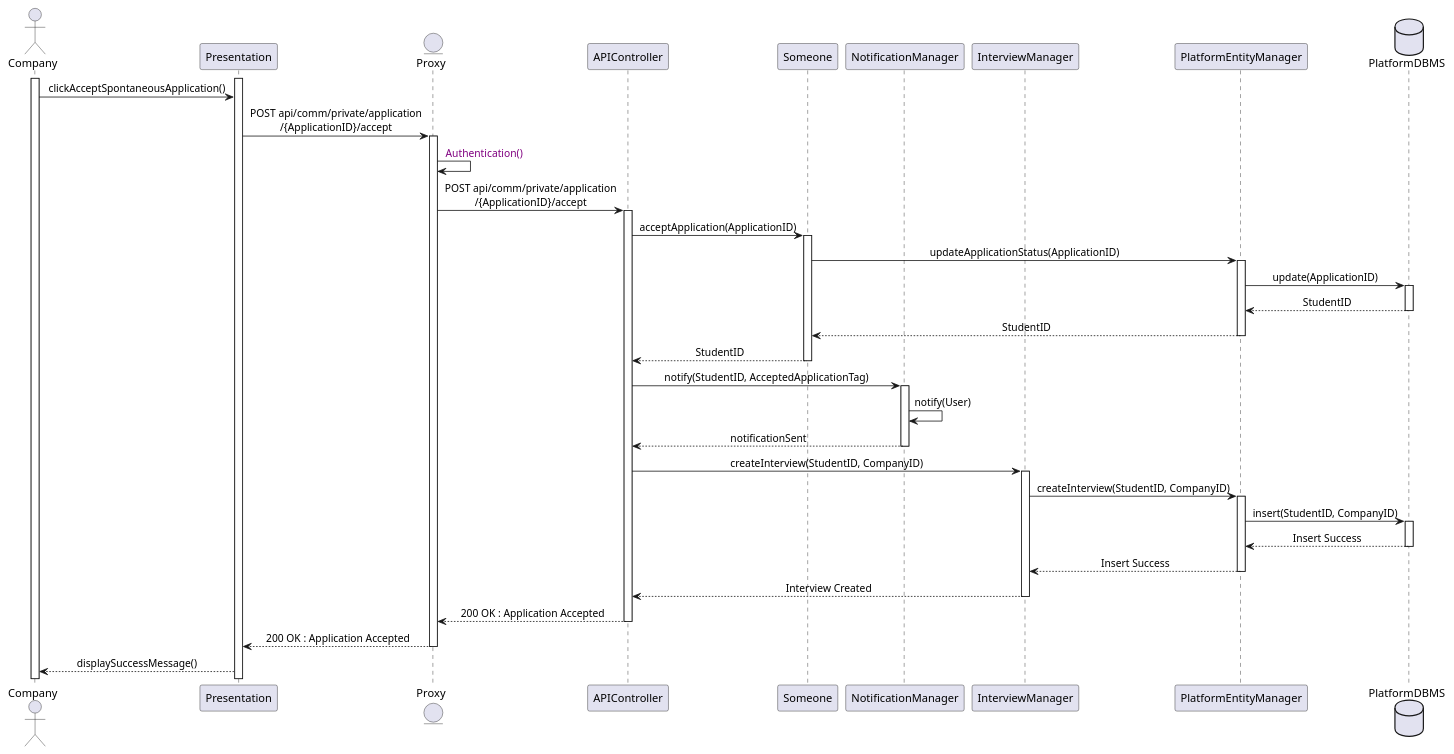
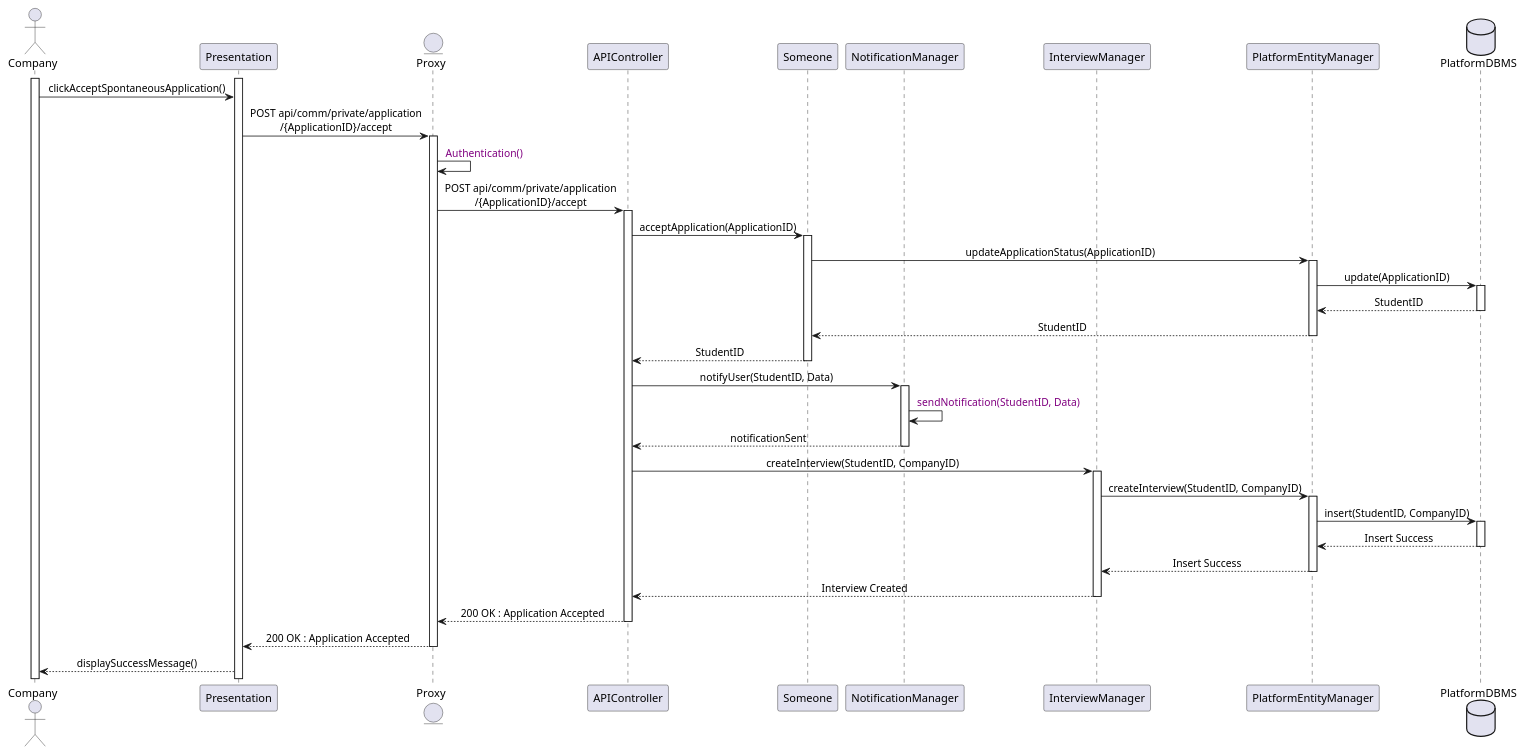
One commit to Slaitroc/RicciPaoliGrisoni changed the diagram in Diagrams/SequenceDiagrams/DD/8CompanyAcceptsSpontaneousApplication.wsd. Above: the diagram before and after it, drawn with PlantUML. The commit also changed 4 other files, not shown here.

Commit message:
Refactor DD SequenceDiagrams 3-6.1-6.2-7-8 with updated notifications convention

```diff
--- a/Diagrams/SequenceDiagrams/DD/8CompanyAcceptsSpontaneousApplication.wsd
+++ b/Diagrams/SequenceDiagrams/DD/8CompanyAcceptsSpontaneousApplication.wsd
@@ -1,41 +1,41 @@
 @startuml Company Accepts Spontaneous Application
 skinparam sequenceMessageAlign center
 
 actor       Company
 participant Presentation
 entity      Proxy
 participant APIController
 participant Someone
 participant NotificationManager
 participant InterviewManager
 participant PlatformEntityManager
 database    PlatformDBMS
 
 activate Company
 activate Presentation
 Company -> Presentation : clickAcceptSpontaneousApplication()
 Presentation -> Proxy ++ : POST api/comm/private/application\n/{ApplicationID}/accept
 Proxy -> Proxy : <color:purple> Authentication()
 Proxy -> APIController ++ : POST api/comm/private/application\n/{ApplicationID}/accept
 APIController -> Someone ++ : acceptApplication(ApplicationID)
 Someone -> PlatformEntityManager ++ : updateApplicationStatus(ApplicationID)
 PlatformEntityManager -> PlatformDBMS ++ : update(ApplicationID)
 PlatformDBMS --> PlatformEntityManager -- : StudentID
 PlatformEntityManager --> Someone -- : StudentID
 Someone --> APIController -- : StudentID
 
-APIController -> NotificationManager ++ : notify(StudentID, AcceptedApplicationTag)
-NotificationManager -> NotificationManager : notify(User)
+APIController -> NotificationManager ++ : notifyUser(StudentID, Data)
+NotificationManager -> NotificationManager : <color:purple> sendNotification(StudentID, Data)
 NotificationManager --> APIController -- : notificationSent
 APIController -> InterviewManager ++ : createInterview(StudentID, CompanyID)
 InterviewManager -> PlatformEntityManager ++ : createInterview(StudentID, CompanyID)
 PlatformEntityManager -> PlatformDBMS ++ : insert(StudentID, CompanyID)
 PlatformDBMS --> PlatformEntityManager -- : Insert Success
 PlatformEntityManager --> InterviewManager -- : Insert Success
 InterviewManager --> APIController -- : Interview Created
 APIController --> Proxy : 200 OK : Application Accepted
 deactivate APIController
 Proxy --> Presentation : 200 OK : Application Accepted
 deactivate Proxy
 Presentation --> Company : displaySuccessMessage()
 @enduml
```
